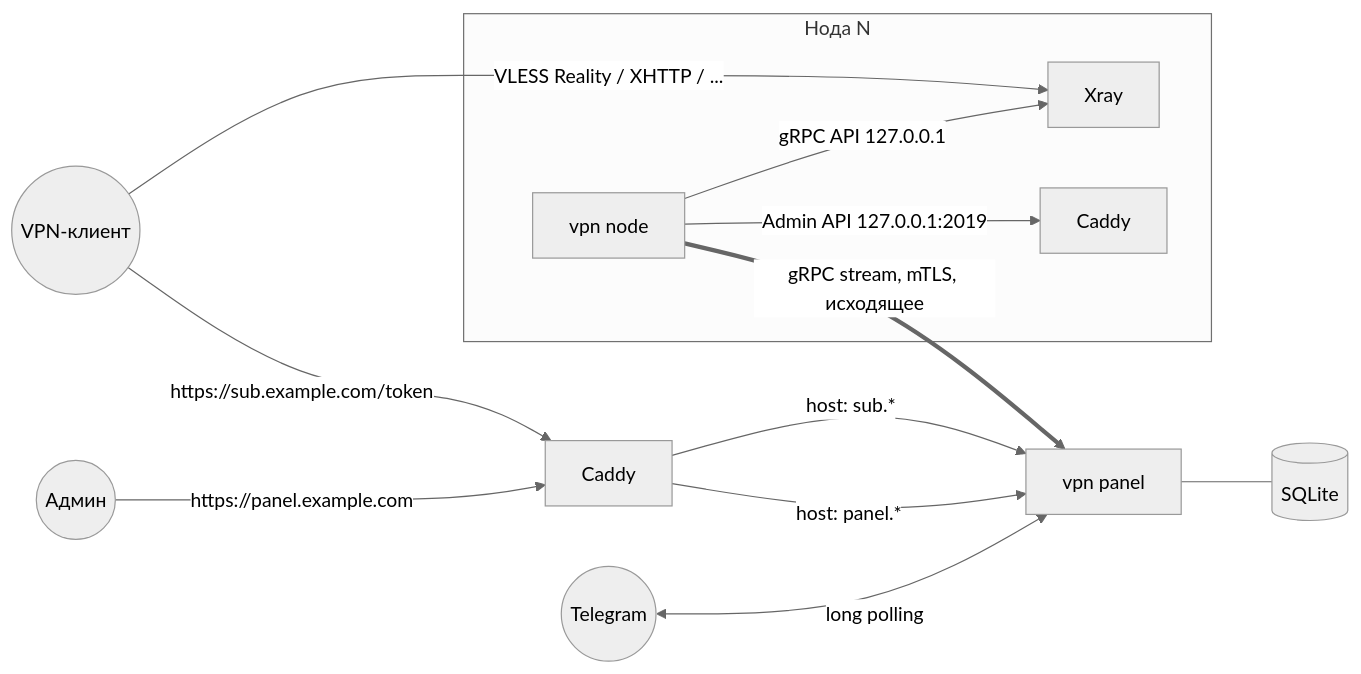
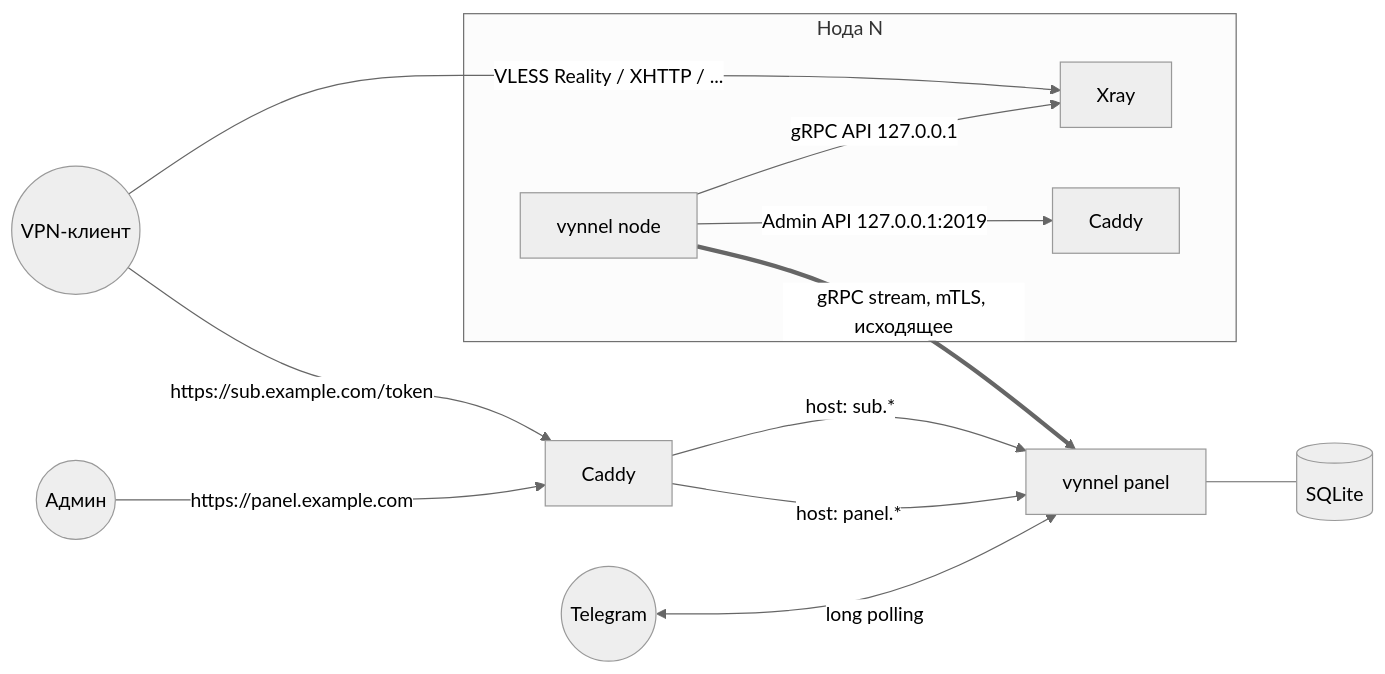
Before and after one commit to vyto4ka/vynel: the diagram in docs/ARCHITECTURE.md, drawn with Mermaid (neutral theme). The commit also changed other lines of this file and 61 other files, not shown here.

````diff
--- a/docs/ARCHITECTURE.md
+++ b/docs/ARCHITECTURE.md
@@ -62,17 +62,17 @@
 ```mermaid
 flowchart LR
     Admin((Админ)) -->|https://panel.example.com| CaddyP[Caddy]
     Client((VPN-клиент)) -->|https://sub.example.com/token| CaddyP
     TG((Telegram)) <-->|long polling| Panel
-    CaddyP -->|host: panel.*| Panel[vpn panel]
+    CaddyP -->|host: panel.*| Panel[vynnel panel]
     CaddyP -->|host: sub.*| Panel
     Panel --- DB[(SQLite)]
 
     subgraph NodeN[Нода N]
-        Agent[vpn node] -->|gRPC API 127.0.0.1| Xray
+        Agent[vynnel node] -->|gRPC API 127.0.0.1| Xray
         Agent -->|Admin API 127.0.0.1:2019| CaddyN[Caddy]
     end
 
     Agent ==>|gRPC stream, mTLS, исходящее| Panel
     Client -->|VLESS Reality / XHTTP / ...| Xray
 ```
````
